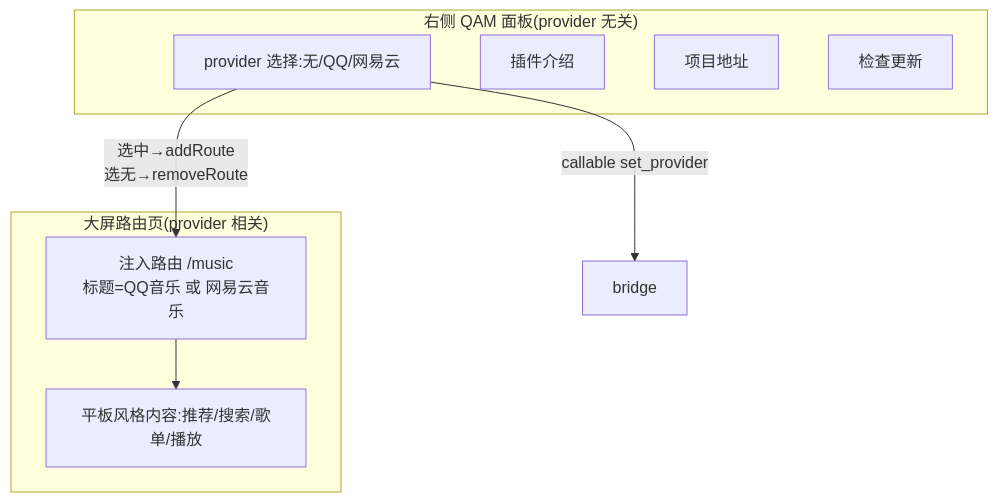
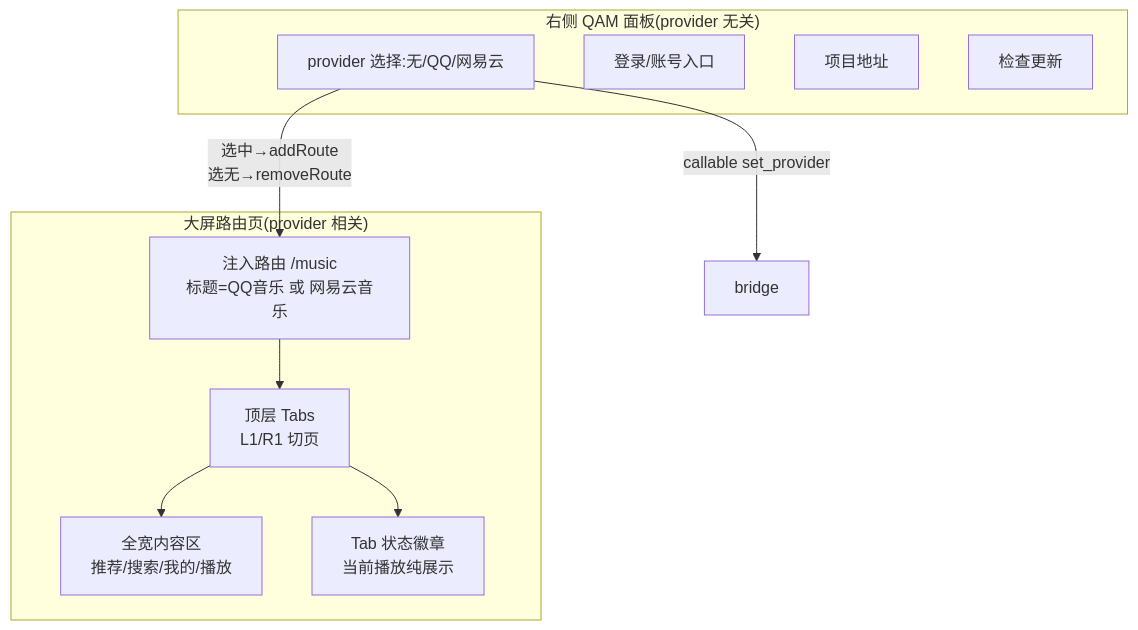
One commit to jinzhongjia/decky-music changed the fourth of 6 diagrams in docs/DESIGN.md. Above: the diagram before and after it, drawn with Mermaid. The commit also changed other lines of this file and 21 other files, not shown here.

Commit message:
docs(ui): 更新大屏设计文档与图片

````diff
--- a/docs/DESIGN.md
+++ b/docs/DESIGN.md
@@ -191,16 +191,20 @@
 ```mermaid
 graph TB
   subgraph QAM["右侧 QAM 面板(provider 无关)"]
     SEL[provider 选择:无/QQ/网易云]
-    INFO[插件介绍]
+    LOGIN[登录/账号入口]
     URL[项目地址]
     UPD[检查更新]
   end
   subgraph FS["大屏路由页(provider 相关)"]
     ROUTE["注入路由 /music<br/>标题=QQ音乐 或 网易云音乐"]
-    CONTENT[平板风格内容:推荐/搜索/歌单/播放]
+    TABS["顶层 Tabs<br/>L1/R1 切页"]
+    CONTENT["全宽内容区<br/>推荐/搜索/我的/播放"]
+    BADGE["Tab 状态徽章<br/>当前播放纯展示"]
   end
   SEL -->|选中→addRoute<br/>选无→removeRoute| ROUTE
   SEL -->|callable set_provider| BR[bridge]
-  ROUTE --> CONTENT
+  ROUTE --> TABS
+  TABS --> CONTENT
+  TABS --> BADGE
 ```
````
